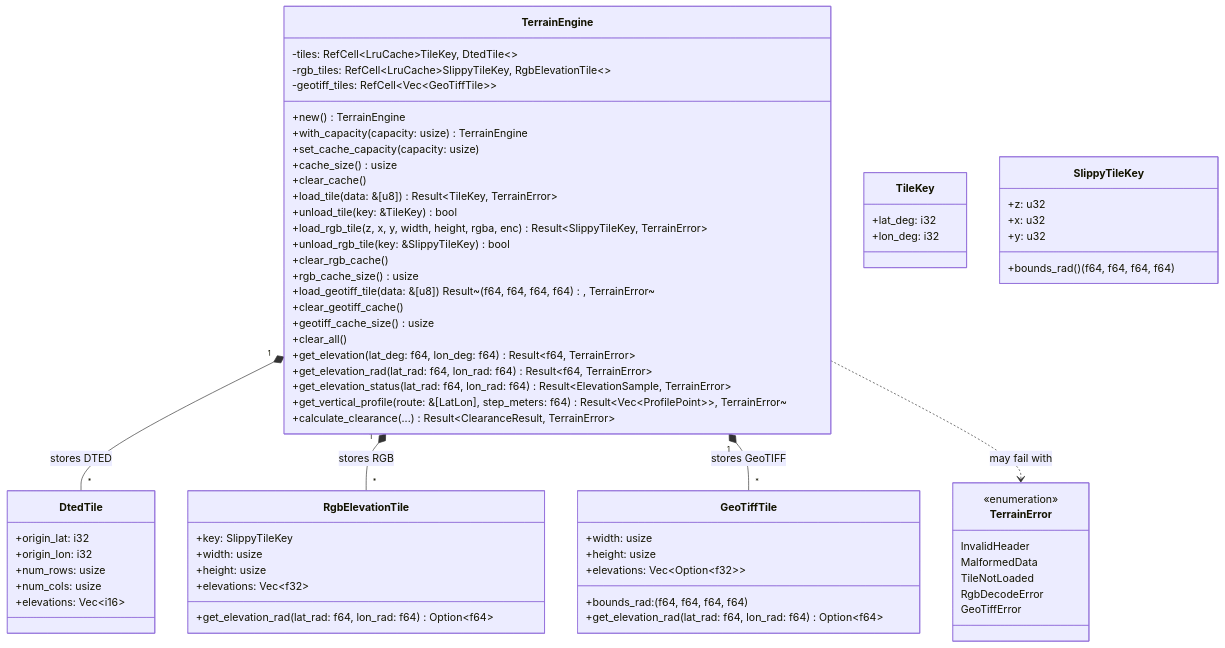
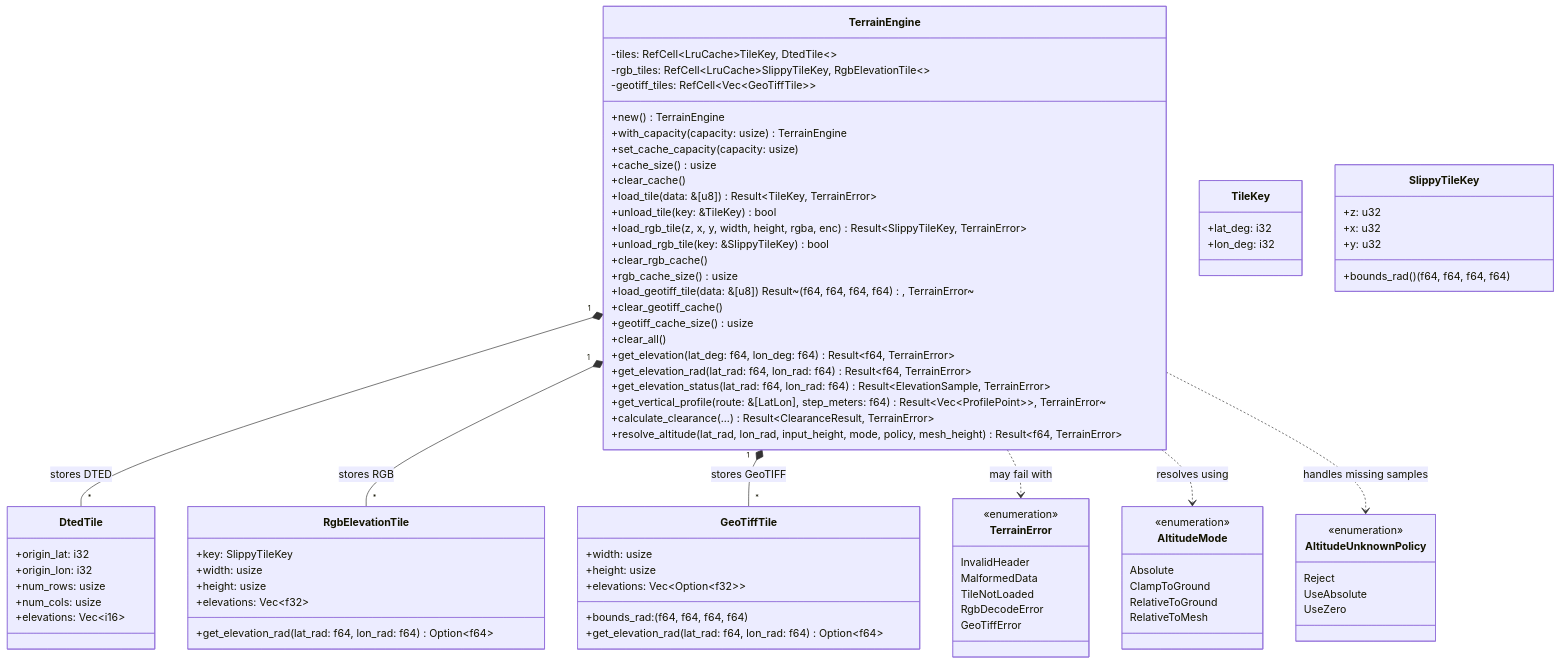
The diagram in docs/core/terrain/arch.md (rodoni/olayer), drawn with Mermaid before and after one commit. The commit also changed other lines of this file and 42 other files, not shown here.

Commit message:
feat(terrain): add altitude modes and terrain rendering

````diff
--- a/docs/core/terrain/arch.md
+++ b/docs/core/terrain/arch.md
@@ -74,6 +75,22 @@
         +get_elevation_status(lat_rad: f64, lon_rad: f64) Result~ElevationSample, TerrainError~
         +get_vertical_profile(route: &[LatLon], step_meters: f64) Result~Vec~ProfilePoint~~, TerrainError~
         +calculate_clearance(...) Result~ClearanceResult, TerrainError~
+        +resolve_altitude(lat_rad, lon_rad, input_height, mode, policy, mesh_height) Result~f64, TerrainError~
+    }
+
+    class AltitudeMode {
+        <<enumeration>>
+        Absolute
+        ClampToGround
+        RelativeToGround
+        RelativeToMesh
+    }
+
+    class AltitudeUnknownPolicy {
+        <<enumeration>>
+        Reject
+        UseAbsolute
+        UseZero
     }
 
     class TileKey {
@@ -125,4 +142,6 @@
     TerrainEngine "1" *-- "*" RgbElevationTile : stores RGB
     TerrainEngine "1" *-- "*" GeoTiffTile : stores GeoTIFF
     TerrainEngine ..> TerrainError : may fail with
+    TerrainEngine ..> AltitudeMode : resolves using
+    TerrainEngine ..> AltitudeUnknownPolicy : handles missing samples
 ```
````
